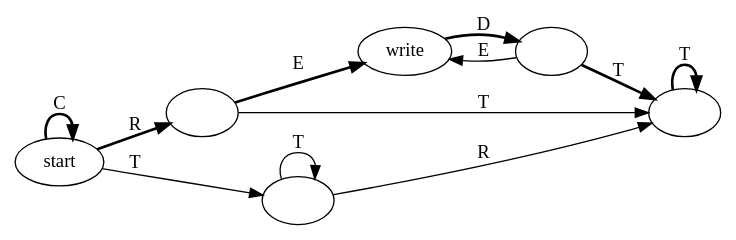
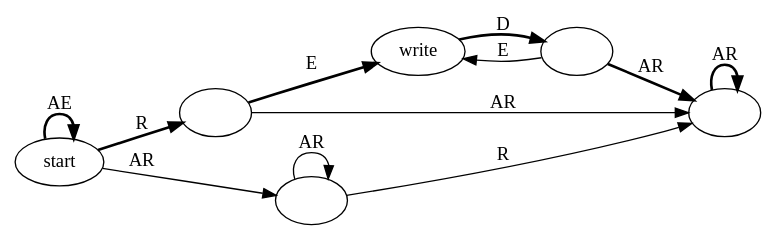
The diagram in osdi/opgroup_transitions.dot (ucla-readable/fstitch-doc), drawn with Graphviz before and after one commit. The commit also changed 1 other file, not shown here.

Commit message:
r2423: Updated changegroup state transition diagram to dependee and depender

```diff
--- a/osdi/opgroup_transitions.dot
+++ b/osdi/opgroup_transitions.dot
@@ -1,21 +1,21 @@
 digraph opgrouptransitions
 {
 	rankdir=LR
 	"start" [label="start"]
 	"a" [label=""]
 	"b" [label="write"]
 	"c" [label=""]
 	"d" [label=""]
 	"e" [label=""]
-	"start" -> "start" [label="C",style=bold]
+	"start" -> "start" [label="AE",style=bold]
 	"start" -> "a" [label="R",style=bold]
-	"start" -> "d" [label="T"]
+	"start" -> "d" [label="AR"]
 	"a" -> "b" [label="E",style=bold]
-	"a" -> "e" [label="T"]
+	"a" -> "e" [label="AR"]
 	"b" -> "c" [label="D",style=bold]
 	"c" -> "b" [label="E"]
-	"c" -> "e" [label="T",style=bold]
-	"d" -> "d" [label="T"]
+	"c" -> "e" [label="AR",style=bold]
+	"d" -> "d" [label="AR"]
 	"d" -> "e" [label="R"]
-	"e" -> "e" [label="T",style=bold]
+	"e" -> "e" [label="AR",style=bold]
 }
```
